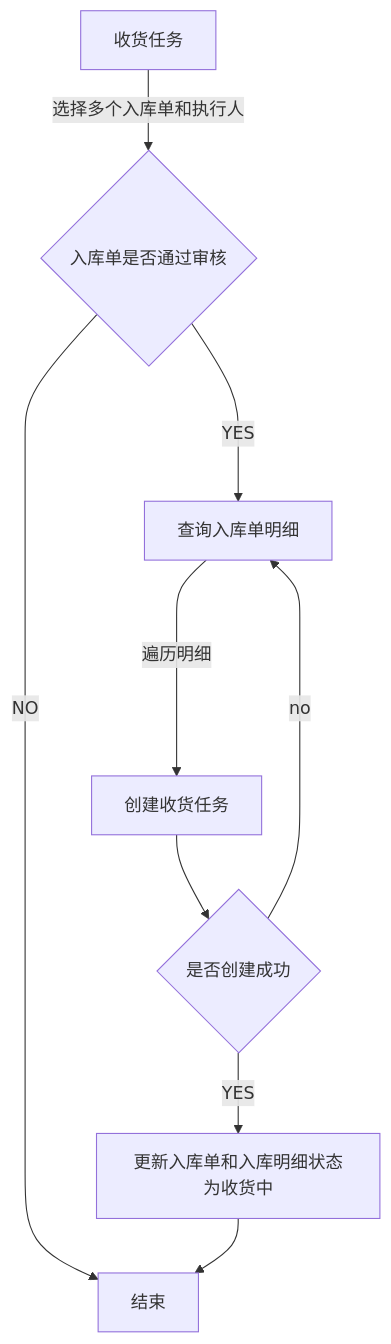
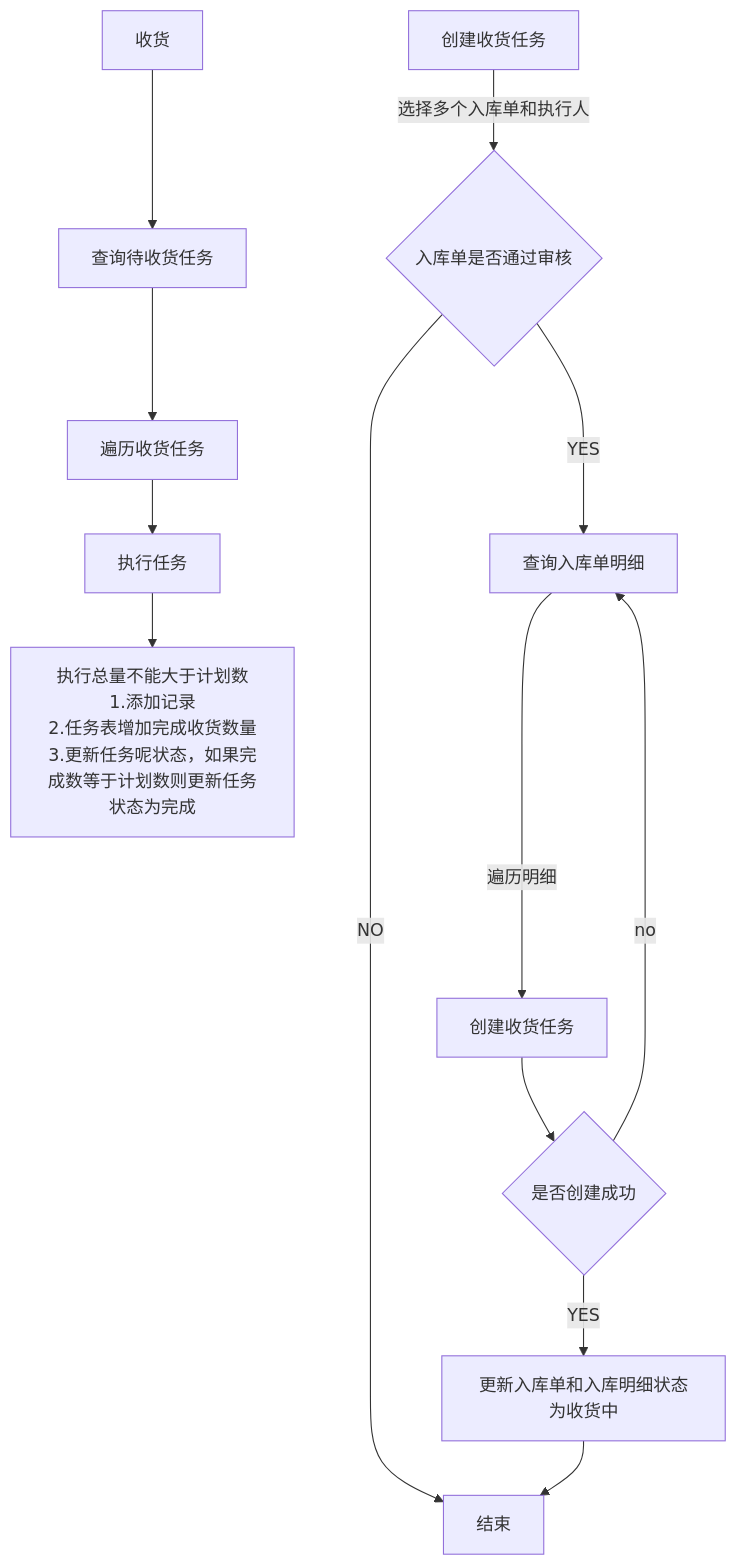
Before and after one commit to wwwcome2026/note-Obsidian: the diagram in Mermaid/入库管理.md, drawn with Mermaid.

Commit message:
vault backup: 2026-06-07 17:33:17

````diff
--- a/Mermaid/入库管理.md
+++ b/Mermaid/入库管理.md
@@ -13,11 +13,13 @@
 ```mermaid
 flowchart TD
 
-    A[收货任务]-->|选择多个入库单和执行人|B{入库单是否通过审核}-->|YES|C[查询入库单明细]
+    A[创建收货任务]-->|选择多个入库单和执行人|B{入库单是否通过审核}-->|YES|C[查询入库单明细]
 
     B--------->|NO|D[结束]
 
     C-->|遍历明细|e[创建收货任务]-->f{是否创建成功}----->|no|C
 
     f-->|YES|g[更新入库单和入库明细状态为收货中]-->D
+
+    a1[收货]-->b1[查询待收货任务]-->c1[遍历收货任务]-->d1[执行任务]-->d2[执行总量不能大于计划数<br>1.添加记录<br>2.任务表增加完成收货数量<br>3.更新任务呢状态，如果完成数等于计划数则更新任务状态为完成]
 ```
````
